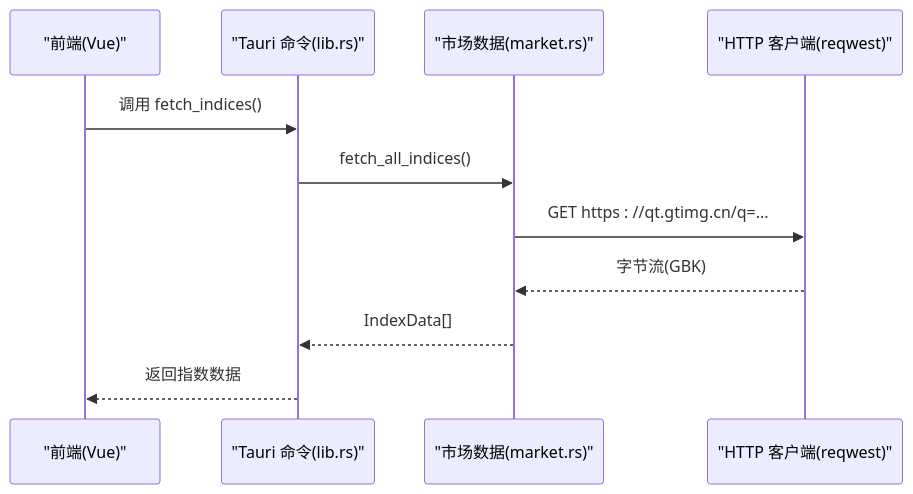
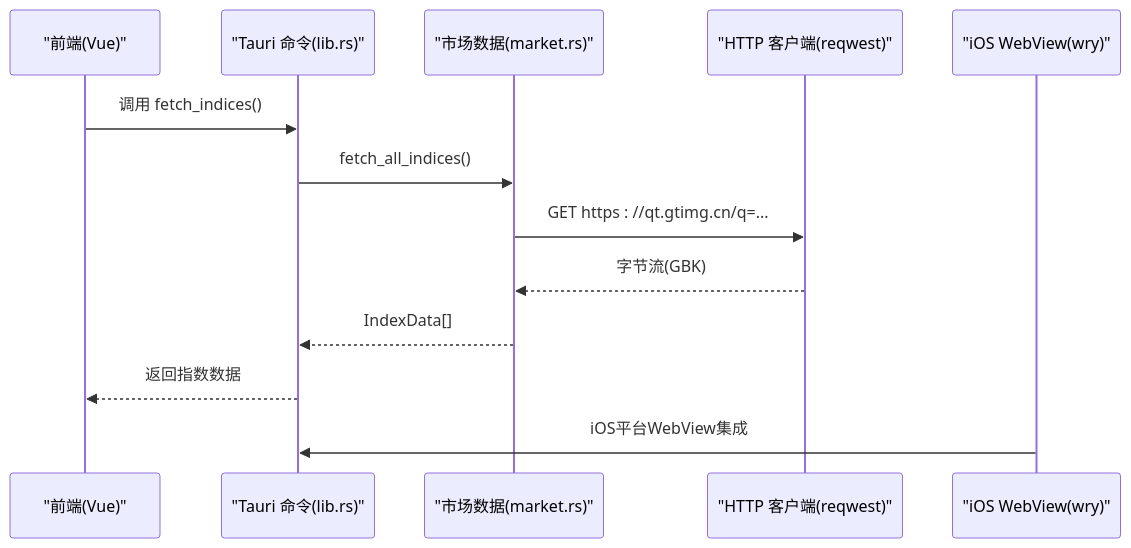
One commit to jiashaoying/hq-kanban-app changed the second of 4 diagrams in .qoder/repowiki/zh/content/配置与部署.md. Above: the diagram before and after it, drawn with Mermaid. The commit also changed other lines of this file and 17 other files, not shown here.

First line of the commit message:
feat: 指数详情页功能（分时线/K线图表）

````diff
--- a/.qoder/repowiki/zh/content/配置与部署.md
+++ b/.qoder/repowiki/zh/content/配置与部署.md
@@ -96,13 +125,15 @@
 ```mermaid
 sequenceDiagram
 participant FE as "前端(Vue)"
 participant API as "Tauri 命令(lib.rs)"
 participant MK as "市场数据(market.rs)"
 participant NET as "HTTP 客户端(reqwest)"
+participant IOS as "iOS WebView(wry)"
 FE->>API : 调用 fetch_indices()
 API->>MK : fetch_all_indices()
 MK->>NET : GET https : //qt.gtimg.cn/q=...
 NET-->>MK : 字节流(GBK)
 MK-->>API : IndexData[]
 API-->>FE : 返回指数数据
+IOS->>API : iOS平台WebView集成
 ```
````
